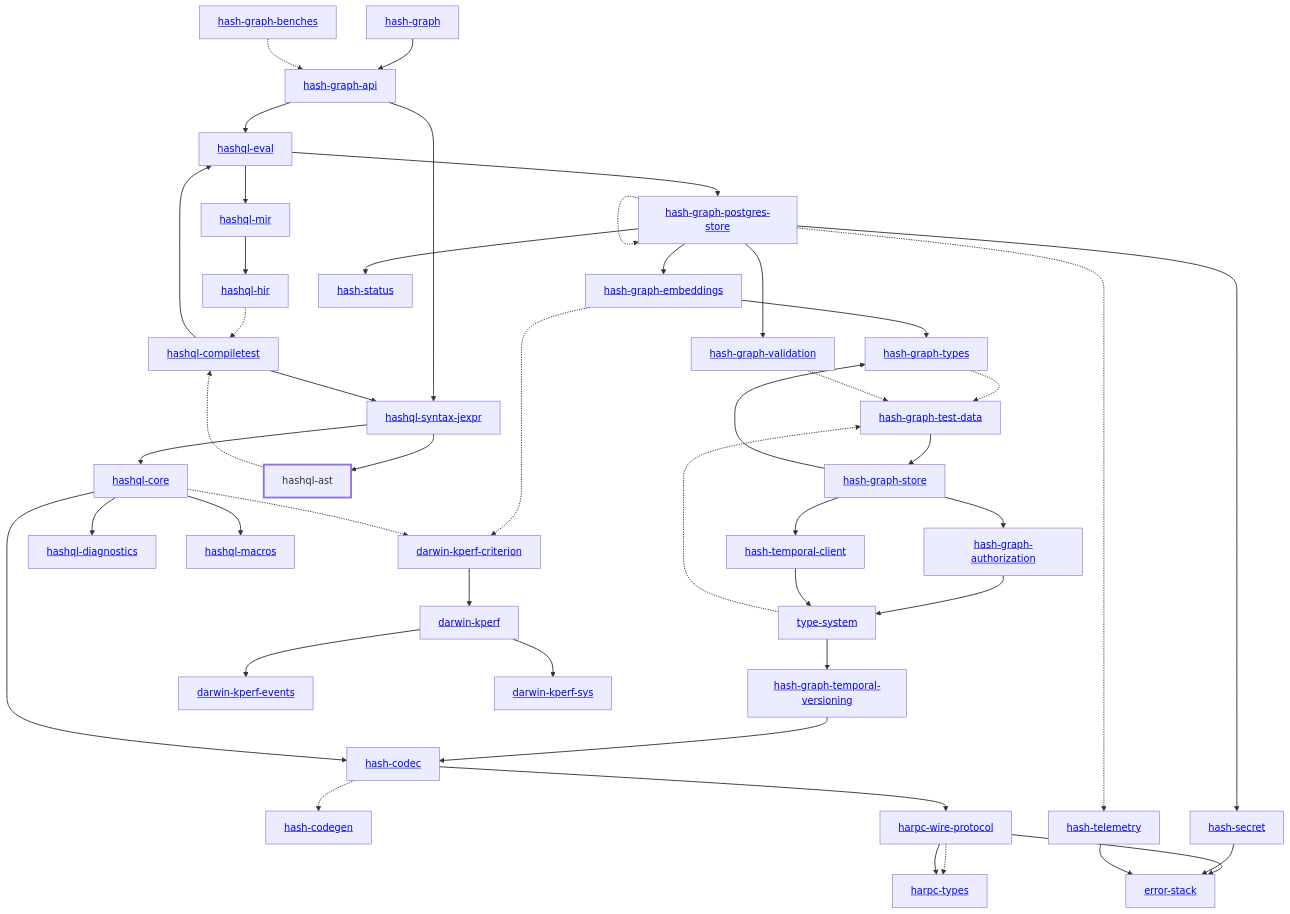
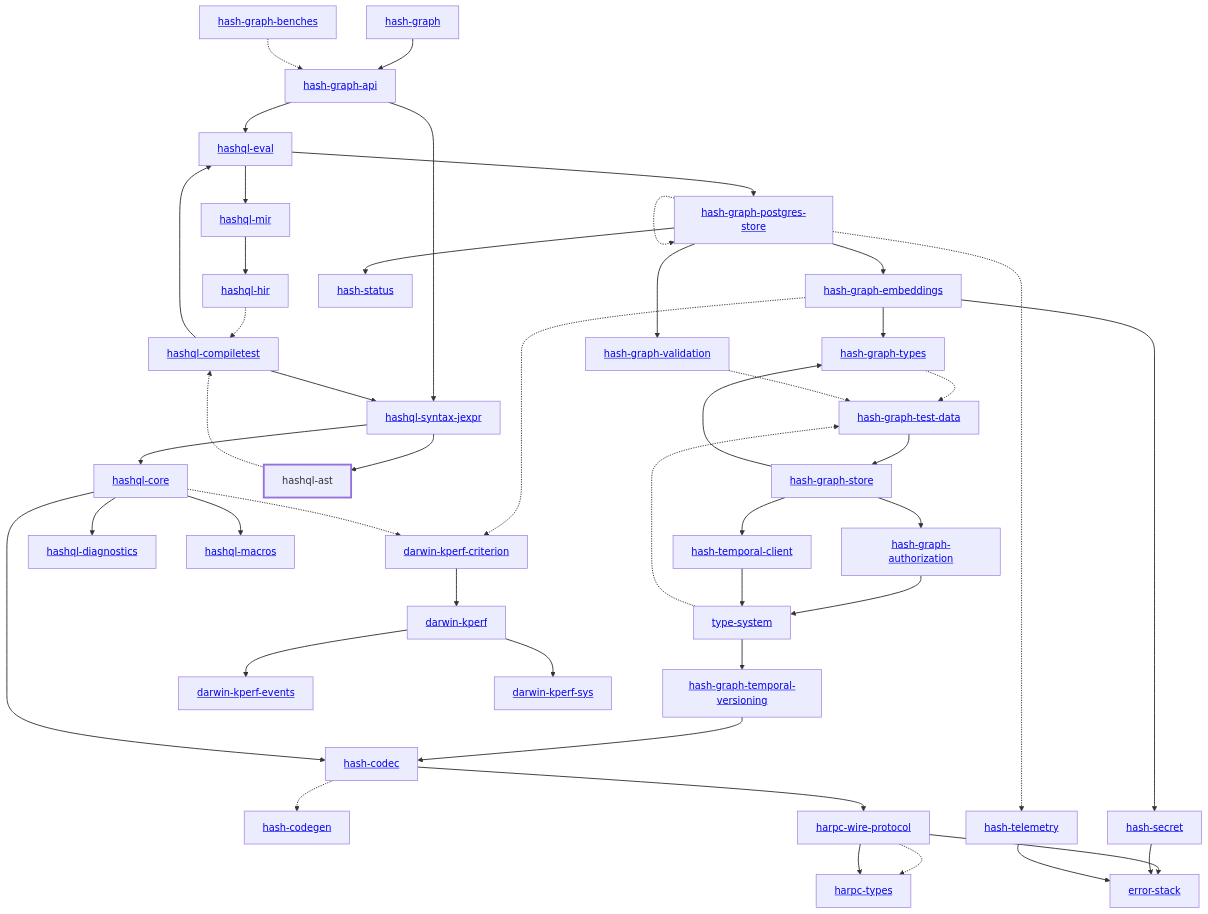
The diagram in libs/@local/hashql/ast/docs/dependency-diagram.mmd (hashintel/hash), drawn with Mermaid before and after one commit. The commit also changed 34 other files, not shown here.

```diff
--- a/libs/@local/hashql/ast/docs/dependency-diagram.mmd
+++ b/libs/@local/hashql/ast/docs/dependency-diagram.mmd
@@ -1,91 +1,91 @@
 graph TD
     linkStyle default stroke-width:1.5px
     classDef default stroke-width:1px
     classDef root stroke-width:3px
     classDef dev stroke-width:1px
     classDef build stroke-width:1px
     %% Legend
     %% --> : Normal dependency
     %% -.-> : Dev dependency
     %% ---> : Build dependency
     0[<a href="../hash_graph/index.html">hash-graph</a>]
     1[<a href="../type_system/index.html">type-system</a>]
     2[<a href="../hash_codec/index.html">hash-codec</a>]
     3[<a href="../hash_codegen/index.html">hash-codegen</a>]
     4[<a href="../hash_graph_api/index.html">hash-graph-api</a>]
     5[<a href="../hash_graph_authorization/index.html">hash-graph-authorization</a>]
     6[<a href="../hash_graph_embeddings/index.html">hash-graph-embeddings</a>]
     7[<a href="../hash_graph_postgres_store/index.html">hash-graph-postgres-store</a>]
     8[<a href="../hash_graph_store/index.html">hash-graph-store</a>]
     9[<a href="../hash_graph_temporal_versioning/index.html">hash-graph-temporal-versioning</a>]
     10[<a href="../hash_graph_types/index.html">hash-graph-types</a>]
     11[<a href="../hash_graph_validation/index.html">hash-graph-validation</a>]
     12[<a href="../harpc_types/index.html">harpc-types</a>]
     13[<a href="../harpc_wire_protocol/index.html">harpc-wire-protocol</a>]
     14[hashql-ast]
     class 14 root
     15[<a href="../hashql_compiletest/index.html">hashql-compiletest</a>]
     16[<a href="../hashql_core/index.html">hashql-core</a>]
     17[<a href="../hashql_diagnostics/index.html">hashql-diagnostics</a>]
     18[<a href="../hashql_eval/index.html">hashql-eval</a>]
     19[<a href="../hashql_hir/index.html">hashql-hir</a>]
     20[<a href="../hashql_macros/index.html">hashql-macros</a>]
     21[<a href="../hashql_mir/index.html">hashql-mir</a>]
     22[<a href="../hashql_syntax_jexpr/index.html">hashql-syntax-jexpr</a>]
     23[<a href="../hash_secret/index.html">hash-secret</a>]
     24[<a href="../hash_status/index.html">hash-status</a>]
     25[<a href="../hash_telemetry/index.html">hash-telemetry</a>]
     26[<a href="../hash_temporal_client/index.html">hash-temporal-client</a>]
     27[<a href="../darwin_kperf/index.html">darwin-kperf</a>]
     28[<a href="../darwin_kperf_criterion/index.html">darwin-kperf-criterion</a>]
     29[<a href="../darwin_kperf_events/index.html">darwin-kperf-events</a>]
     30[<a href="../darwin_kperf_sys/index.html">darwin-kperf-sys</a>]
     31[<a href="../error_stack/index.html">error-stack</a>]
     32[<a href="../hash_graph_benches/index.html">hash-graph-benches</a>]
     33[<a href="../hash_graph_test_data/index.html">hash-graph-test-data</a>]
     0 --> 4
     1 --> 9
     1 -.-> 33
     2 -.-> 3
     2 --> 13
     4 --> 18
     4 --> 22
     5 --> 1
     6 --> 10
+    6 --> 23
     6 -.-> 28
     7 --> 6
     7 -.-> 7
     7 --> 11
-    7 --> 23
     7 --> 24
     7 -.-> 25
     8 --> 5
     8 --> 10
     8 --> 26
     9 --> 2
     10 -.-> 33
     11 -.-> 33
     13 -.-> 12
     13 --> 12
     13 --> 31
     14 -.-> 15
     15 --> 18
     15 --> 22
     16 --> 2
     16 --> 17
     16 --> 20
     16 -.-> 28
     18 --> 7
     18 --> 21
     19 -.-> 15
     21 --> 19
     22 --> 14
     22 --> 16
     23 --> 31
     25 --> 31
     26 --> 1
     27 --> 29
     27 --> 30
     28 --> 27
     32 -.-> 4
     33 --> 8
```
